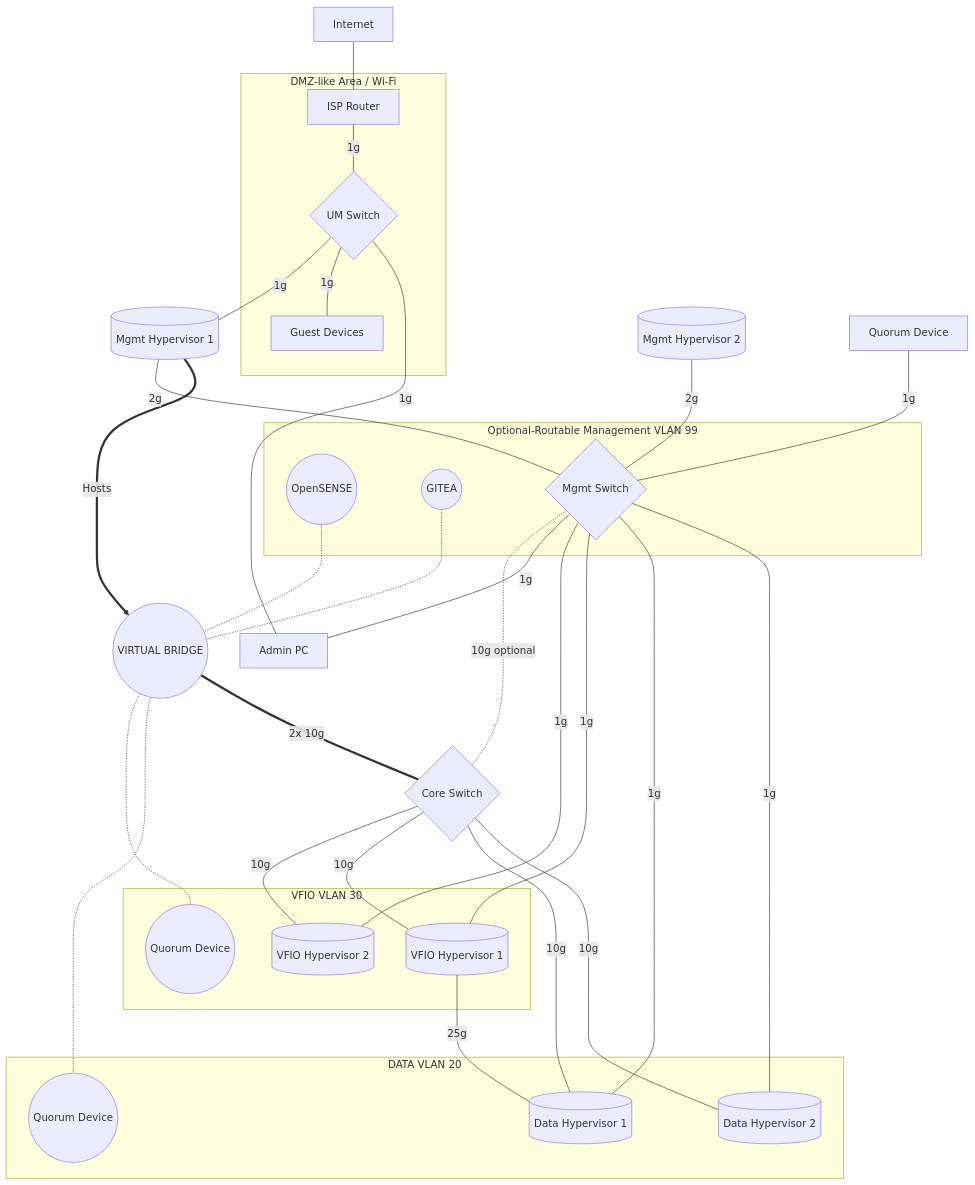
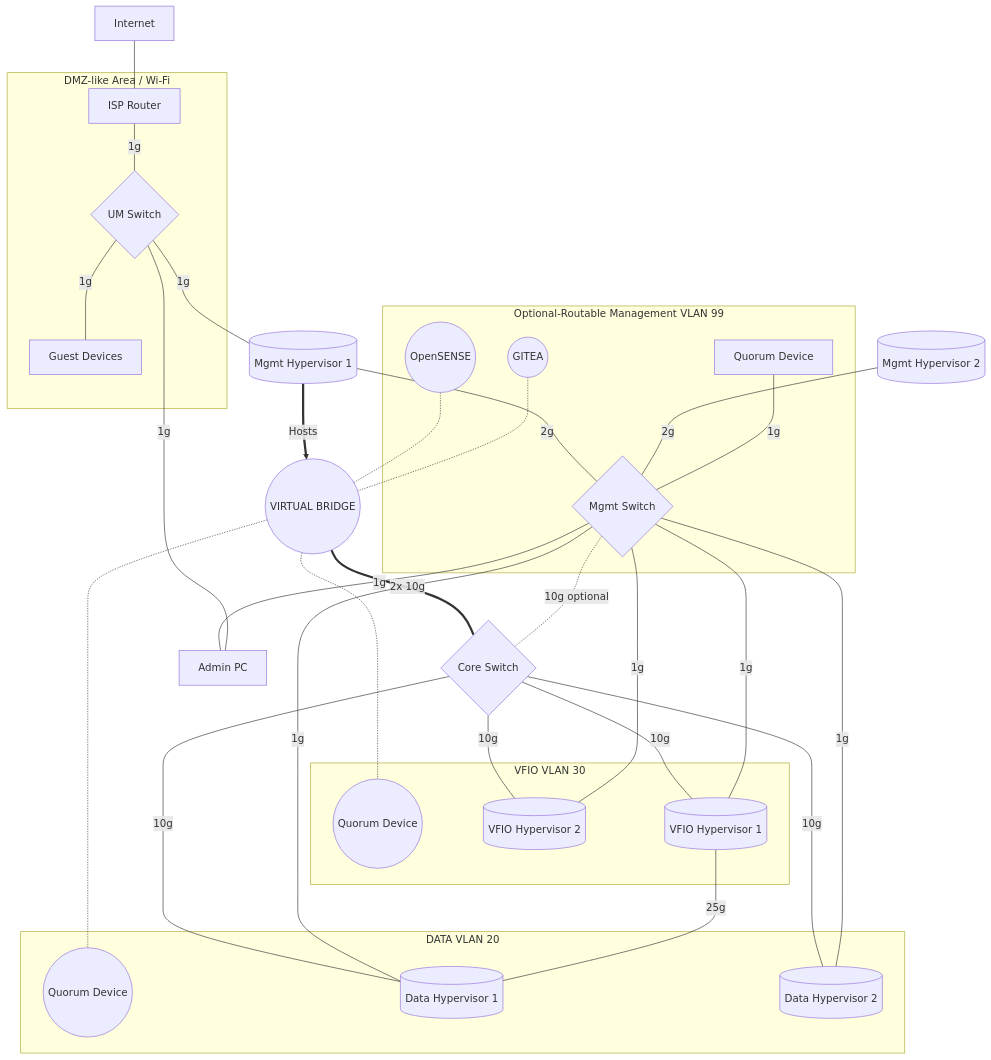
One commit to woeiru/lab changed the diagram in arc/net1.md. Above: the diagram before and after it, drawn with Mermaid.

Commit message:
standard

````diff
--- a/arc/net1.md
+++ b/arc/net1.md
@@ -3,48 +3,49 @@
 ```mermaid
 graph TD
     INT[Internet] --- ISPR[ISP Router]
     ISPR ---|1g| US
     US{UM Switch} ---|1g| MH1
     OPN((OpenSENSE)) -.- VB((VIRTUAL BRIDGE))
     GIT((GITEA)) -.- VB
     VB -.- QDV((Quorum Device))
     VB -.- QDD((Quorum Device))
     VB ===|2x 10g| CS{Core Switch}
     MH1[(Mgmt Hypervisor 1)] ---|2g| MS{Mgmt Switch}
     MH2[(Mgmt Hypervisor 2)] ---|2g| MS
     QDM[Quorum Device] ---|1g| MS
     MS -.-|10g optional| CS
     MS ---|1g| APC[Admin PC]
     APC ---|1g| US
     MH1 ==>|Hosts| VB
     CS ---|10g| VH2[(VFIO Hypervisor 2)]
     MS ---|1g| VH2
     US ---|1g| GD[Guest Devices]
     CS ---|10g| VH1[(VFIO Hypervisor 1)]
     MS ---|1g| VH1
     CS ---|10g| DH1[(Data Hypervisor 1)]
     MS ---|1g| DH1
     CS ---|10g| DH2[(Data Hypervisor 2)]
     MS ---|1g| DH2
     VH1 ---|25g| DH1
     subgraph VLAN20 [DATA VLAN 20]
         DH1
         DH2
         QDD
     end
     subgraph VLAN30 [VFIO VLAN 30]
         VH1
         VH2
         QDV
     end
     subgraph VLAN99 [Optional-Routable Management VLAN 99]
         MS
         OPN
         GIT
+        QDM
     end
     subgraph DMZ [DMZ-like Area / Wi-Fi]
         ISPR
         GD
         US
     end
 ```
````
